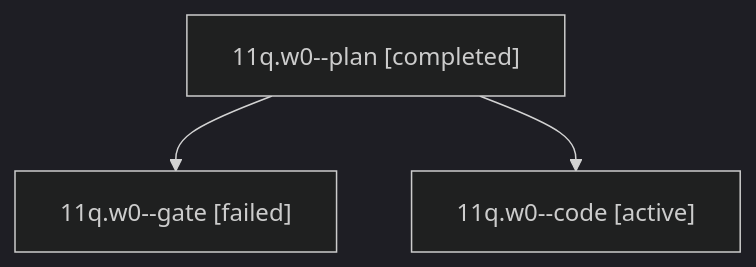
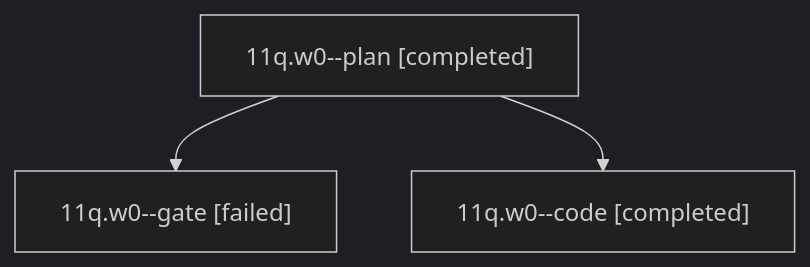
The diagram in sessions/bbugyi200.athena.11q.w0.md (bobs-org/bob-cli--agents), drawn with Mermaid (dark theme) before and after one commit. The commit also changed other lines of this file and 37 other files, not shown here.

````diff
--- a/sessions/bbugyi200.athena.11q.w0.md
+++ b/sessions/bbugyi200.athena.11q.w0.md
@@ -9,8 +9,8 @@
 ```mermaid
 flowchart TD
   n0["11q.w0--plan [completed]"]
   n1["11q.w0--gate [failed]"]
   n0 --> n1
-  n2["11q.w0--code [active]"]
+  n2["11q.w0--code [completed]"]
   n0 --> n2
 ```
````
